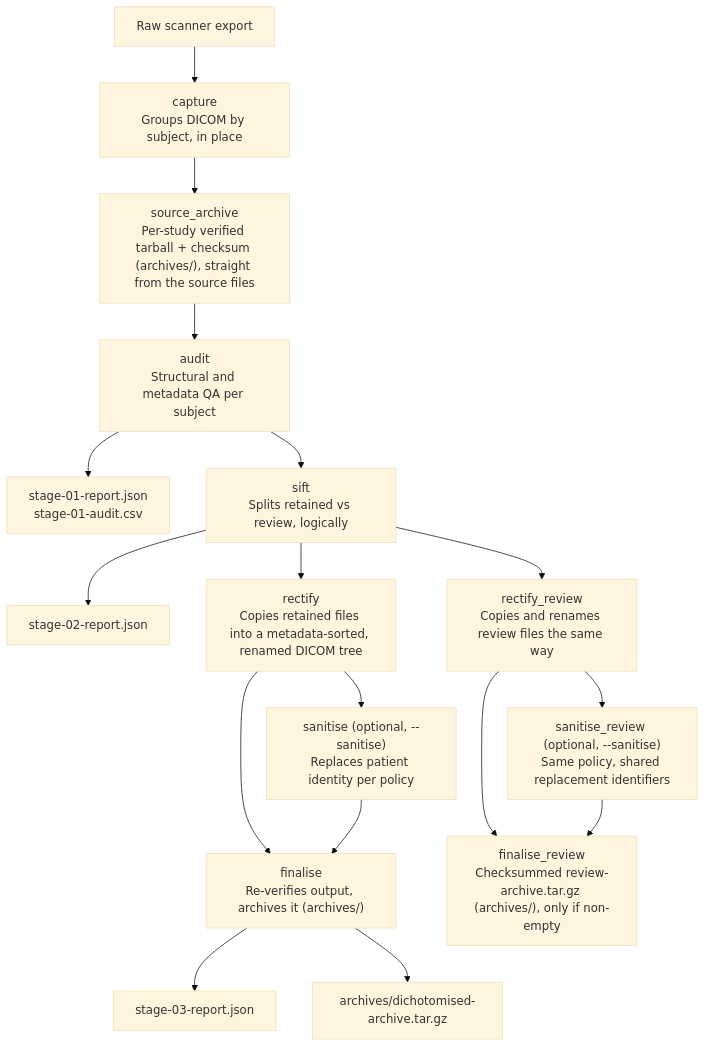
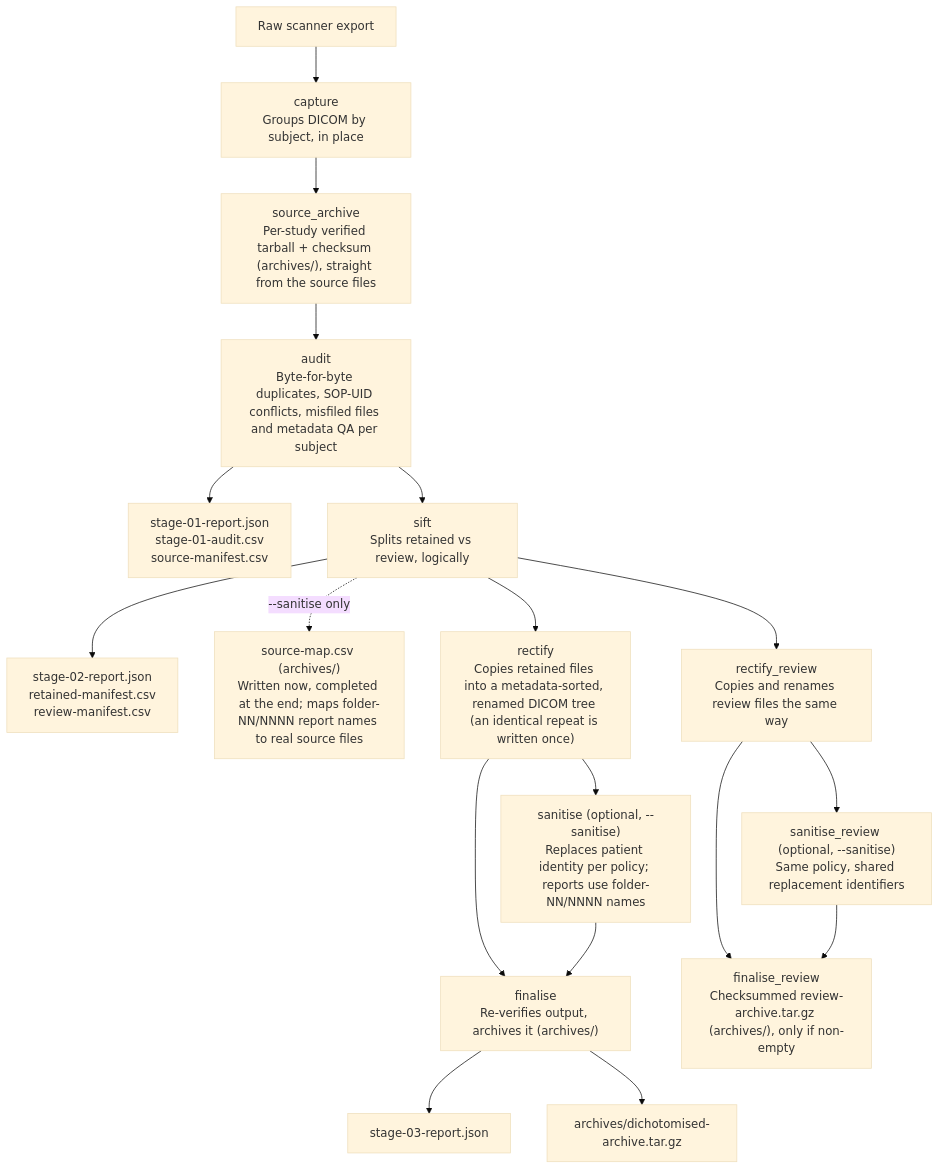
One commit to srikash/dichotomise changed the diagram in README.md. Above: the diagram before and after it, drawn with Mermaid (base theme).

Commit message:
docs: bring the workflow diagram up to date (source map, manifests, duplicate handling)

````diff
--- a/README.md
+++ b/README.md
@@ -506,19 +506,20 @@
 ```mermaid
 flowchart TD
     SOURCE["Raw scanner export"] --> CAPTURE["capture<br/>Groups DICOM by subject, in place"]
     CAPTURE --> ARCHIVE["source_archive<br/>Per-study verified tarball + checksum (archives/), straight from the source files"]
-    ARCHIVE --> AUDIT["audit<br/>Structural and metadata QA per subject"]
-    AUDIT --> REPORT1["stage-01-report.json<br/>stage-01-audit.csv"]
+    ARCHIVE --> AUDIT["audit<br/>Byte-for-byte duplicates, SOP-UID conflicts, misfiled files and metadata QA per subject"]
+    AUDIT --> REPORT1["stage-01-report.json<br/>stage-01-audit.csv<br/>source-manifest.csv"]
     AUDIT --> SIFT["sift<br/>Splits retained vs review, logically"]
-    SIFT --> REPORT2["stage-02-report.json"]
-    SIFT --> RECTIFY["rectify<br/>Copies retained files into a metadata-sorted, renamed DICOM tree"]
+    SIFT --> REPORT2["stage-02-report.json<br/>retained-manifest.csv<br/>review-manifest.csv"]
+    SIFT -. "--sanitise only" .-> SOURCE_MAP["source-map.csv (archives/)<br/>Written now, completed at the end; maps folder-NN/NNNN report names to real source files"]
+    SIFT --> RECTIFY["rectify<br/>Copies retained files into a metadata-sorted, renamed DICOM tree (an identical repeat is written once)"]
     SIFT --> REVIEW_RECTIFY["rectify_review<br/>Copies and renames review files the same way"]
-    RECTIFY --> SANITISE["sanitise (optional, --sanitise)<br/>Replaces patient identity per policy"]
+    RECTIFY --> SANITISE["sanitise (optional, --sanitise)<br/>Replaces patient identity per policy; reports use folder-NN/NNNN names"]
     REVIEW_RECTIFY --> SANITISE_REVIEW["sanitise_review (optional, --sanitise)<br/>Same policy, shared replacement identifiers"]
     RECTIFY --> FINALISE["finalise<br/>Re-verifies output, archives it (archives/)"]
     SANITISE --> FINALISE
     REVIEW_RECTIFY --> REVIEW_ARCHIVE["finalise_review<br/>Checksummed review-archive.tar.gz (archives/), only if non-empty"]
     SANITISE_REVIEW --> REVIEW_ARCHIVE
     FINALISE --> REPORT3["stage-03-report.json"]
     FINALISE --> ARCHIVES["archives/dichotomised-archive.tar.gz"]
 ```
````
